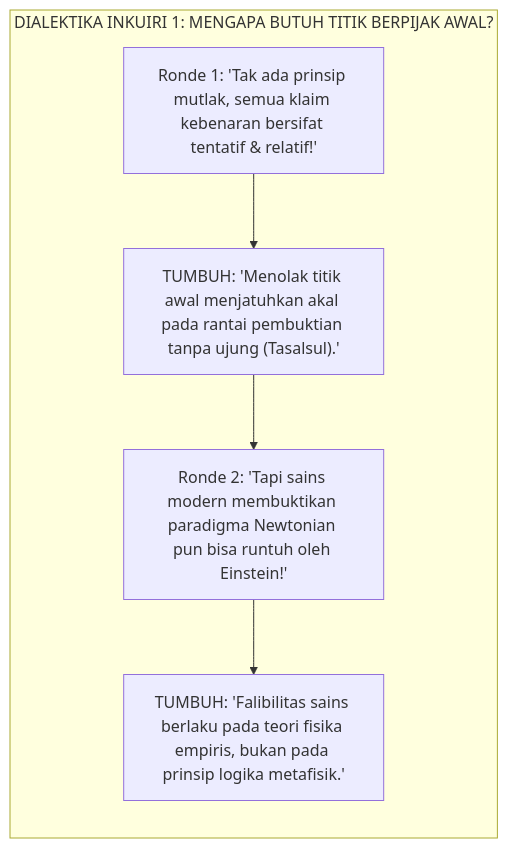
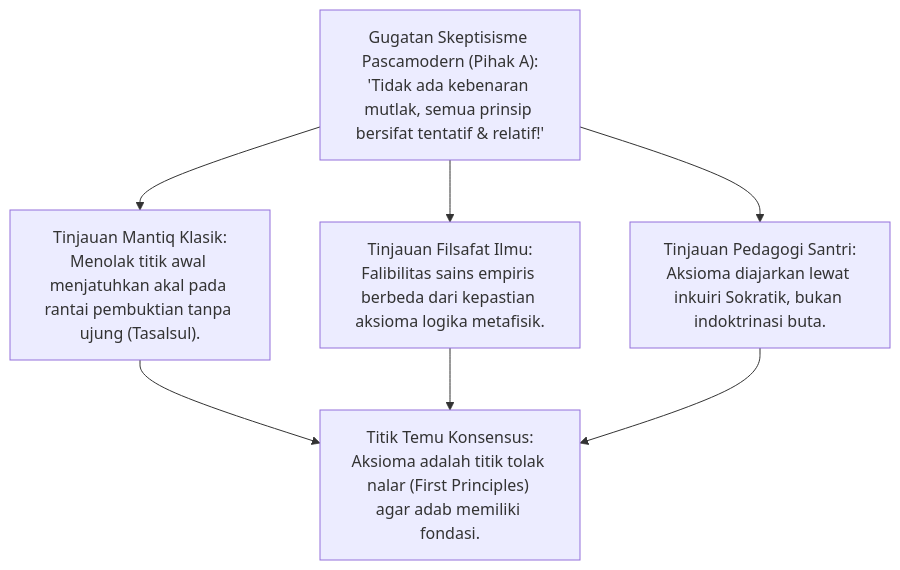
The second of 5 diagrams in 01 Philosophy/01 Worldview/P1-01-01-02-Kajian-Dialektika-Inkuiri-dan-Tanya-Jawab-Aksioma-Realitas.md (wandiapriliyandi/tumbuh), drawn with Mermaid before and after one commit. The commit also changed other lines of this file and 1 other file, not shown here.

Commit message:
refactor(worldview): restrukturisasi dialektika inkuiri multi-perspektif tanpa kata pakar dan penambahan kasuistika lapangan

````diff
--- a/01 Philosophy/01 Worldview/P1-01-01-02-Kajian-Dialektika-Inkuiri-dan-Tanya-Jawab-Aksioma-Realitas.md
+++ b/01 Philosophy/01 Worldview/P1-01-01-02-Kajian-Dialektika-Inkuiri-dan-Tanya-Jawab-Aksioma-Realitas.md
@@ -68,8 +71,8 @@
 ```mermaid
-graph LR
-    subgraph Inkuiri1Clash["DIALEKTIKA INKUIRI 1: MENGAPA BUTUH TITIK BERPIJAK AWAL?"]
-        A["Ronde 1: 'Tak ada prinsip mutlak, semua klaim kebenaran bersifat tentatif & relatif!'"] --> B["TUMBUH: 'Menolak titik awal menjatuhkan akal pada rantai pembuktian tanpa ujung (Tasalsul).'"]
-        B --> C["Ronde 2: 'Tapi sains modern membuktikan paradigma Newtonian pun bisa runtuh oleh Einstein!'"]
-        C --> D["TUMBUH: 'Falibilitas sains berlaku pada teori fisika empiris, bukan pada prinsip logika metafisik.'"]
-    end
+graph TD
+    A["Gugatan Skeptisisme Pascamodern (Pihak A):<br/>'Tidak ada kebenaran mutlak, semua prinsip bersifat tentatif & relatif!'"]
+    --> B1["Tinjauan Mantiq Klasik:<br/>Menolak titik awal menjatuhkan akal pada rantai pembuktian tanpa ujung (Tasalsul)."]
+    A --> B2["Tinjauan Filsafat Ilmu:<br/>Falibilitas sains empiris berbeda dari kepastian aksioma logika metafisik."]
+    A --> B3["Tinjauan Pedagogi Santri:<br/>Aksioma diajarkan lewat inkuiri Sokratik, bukan indoktrinasi buta."]
+    B1 & B2 & B3 --> C["Titik Temu Konsensus:<br/>Aksioma adalah titik tolak nalar (First Principles) agar adab memiliki fondasi."]
 ```
````
